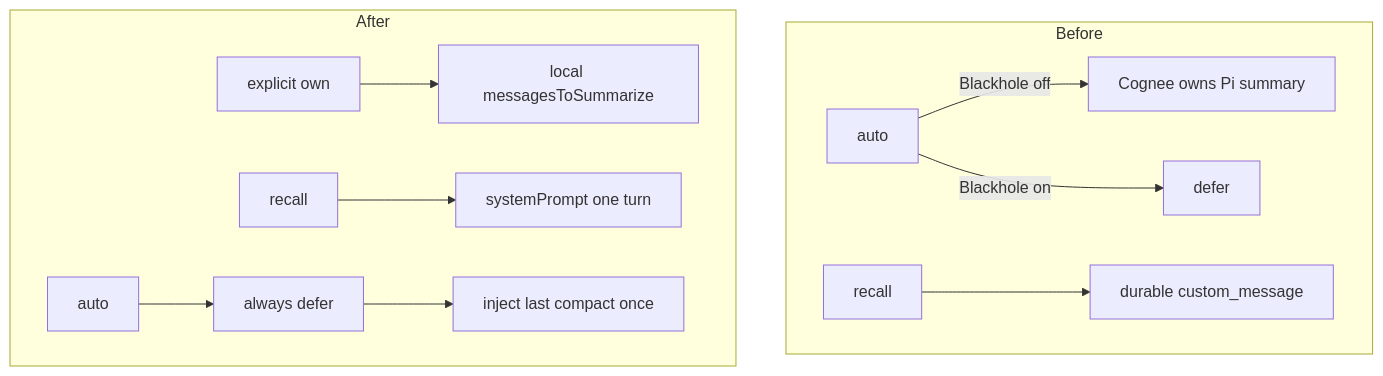
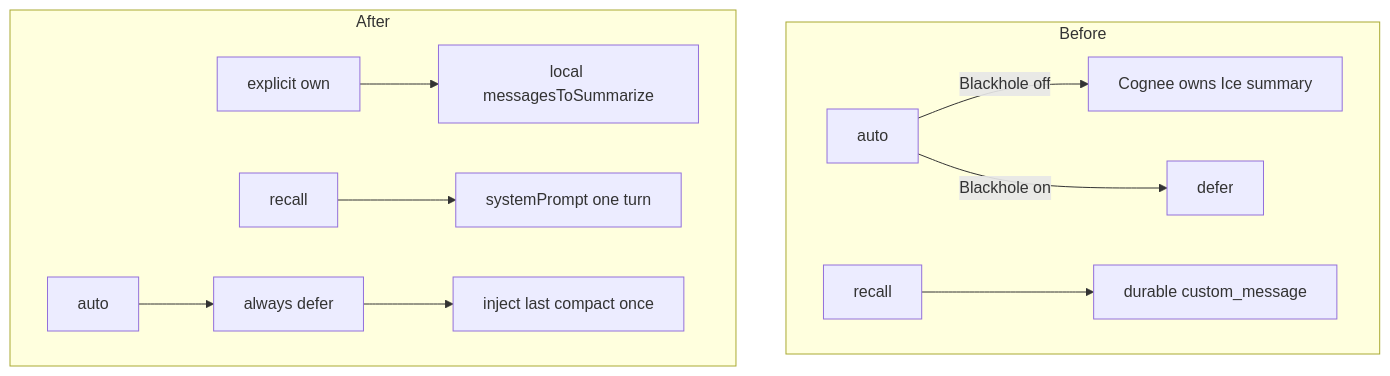
The diagram in html-communication/cognee-compact.mmd (Zykairotis/pi-void), drawn with Mermaid before and after one commit. The commit also changed 67 other files, not shown here.

```diff
--- a/html-communication/cognee-compact.mmd
+++ b/html-communication/cognee-compact.mmd
@@ -1,12 +1,12 @@
 flowchart TB
   subgraph before [Before]
-    A1[auto] -->|Blackhole off| S1[Cognee owns Pi summary]
+    A1[auto] -->|Blackhole off| S1[Cognee owns Ice summary]
     A1 -->|Blackhole on| D1[defer]
     R1[recall] --> M1[durable custom_message]
   end
   subgraph after [After]
     A2[auto] --> D2[always defer]
     O2[explicit own] --> L2[local messagesToSummarize]
     R2[recall] --> P2[systemPrompt one turn]
     D2 --> I2[inject last compact once]
   end
```
